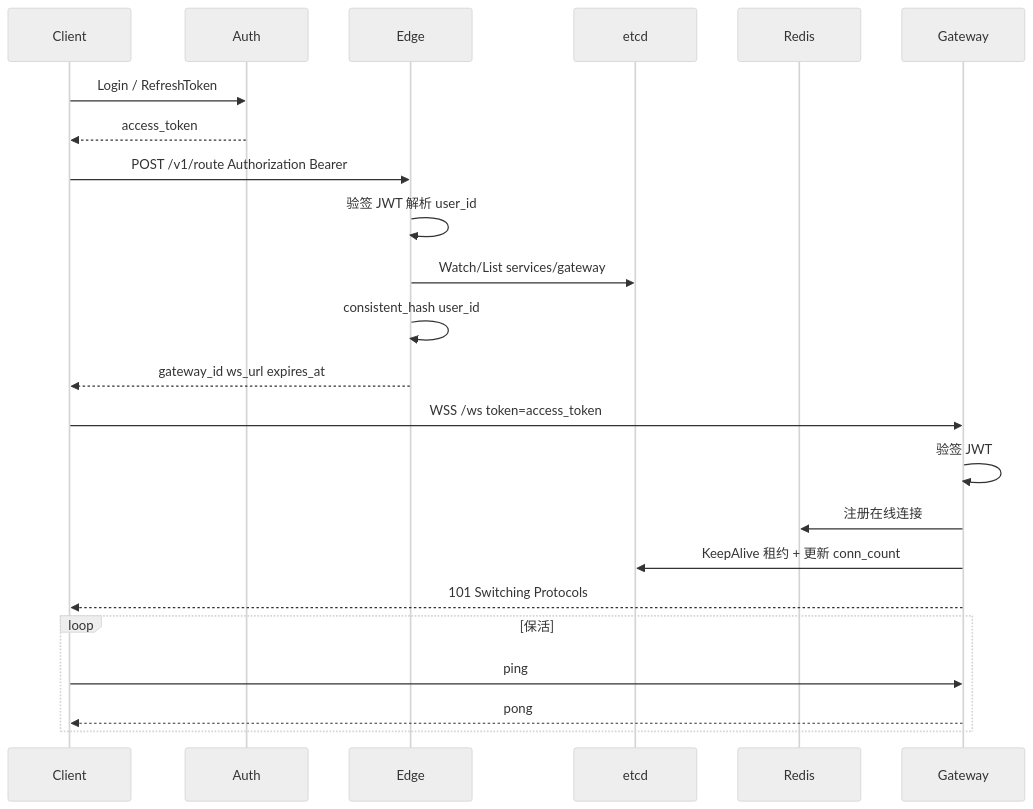
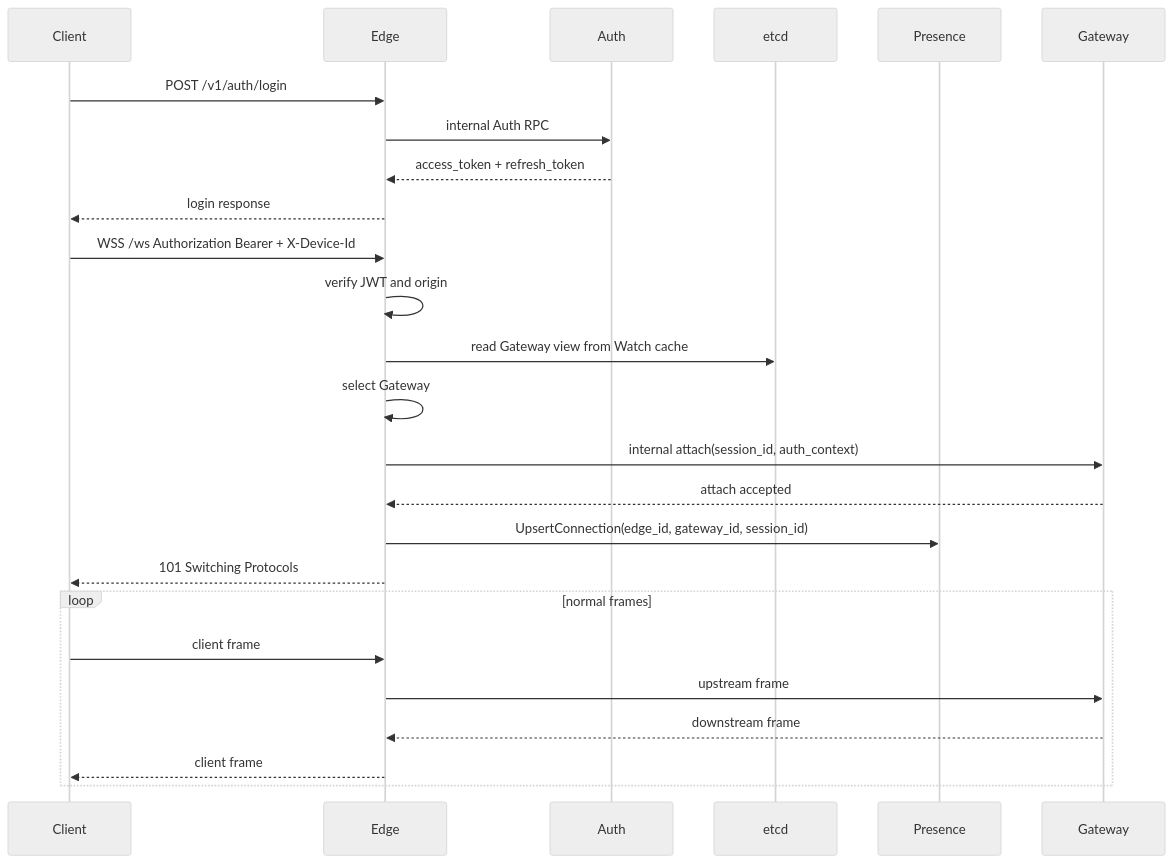
Before and after one commit to HappyLadySauce/Beehive-IM: the second of 8 diagrams in docs/gateway/DESIGN.md, drawn with Mermaid (neutral theme). The commit also changed other lines of this file and 5 other files, not shown here.

````diff
--- a/docs/gateway/DESIGN.md
+++ b/docs/gateway/DESIGN.md
@@ -95,29 +125,30 @@
 ```mermaid
 sequenceDiagram
     participant C as Client
+    participant E as Edge
     participant A as Auth
-    participant E as Edge
     participant EC as etcd
-    participant R as Redis
+    participant P as Presence
     participant G as Gateway
 
-    C->>A: Login / RefreshToken
-    A-->>C: access_token
+    C->>E: POST /v1/auth/login
+    E->>A: internal Auth RPC
+    A-->>E: access_token + refresh_token
+    E-->>C: login response
 
-    C->>E: POST /v1/route Authorization Bearer
-    E->>E: 验签 JWT 解析 user_id
-    E->>EC: Watch/List services/gateway
-    E->>E: consistent_hash user_id
-    E-->>C: gateway_id ws_url expires_at
+    C->>E: WSS /ws Authorization Bearer + X-Device-Id
+    E->>E: verify JWT and origin
+    E->>EC: read Gateway view from Watch cache
+    E->>E: select Gateway
+    E->>G: internal attach(session_id, auth_context)
+    G-->>E: attach accepted
+    E->>P: UpsertConnection(edge_id, gateway_id, session_id)
+    E-->>C: 101 Switching Protocols
 
-    C->>G: WSS /ws token=access_token
-    G->>G: 验签 JWT
-    G->>R: 注册在线连接
-    G->>EC: KeepAlive 租约 + 更新 conn_count
-    G-->>C: 101 Switching Protocols
-
-    loop 保活
-        C->>G: ping
-        G-->>C: pong
+    loop normal frames
+        C->>E: client frame
+        E->>G: upstream frame
+        G-->>E: downstream frame
+        E-->>C: client frame
     end
 ```
````
